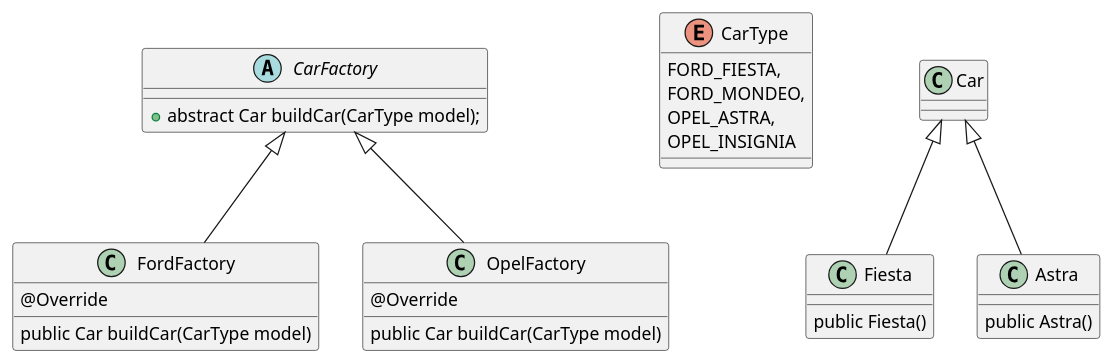
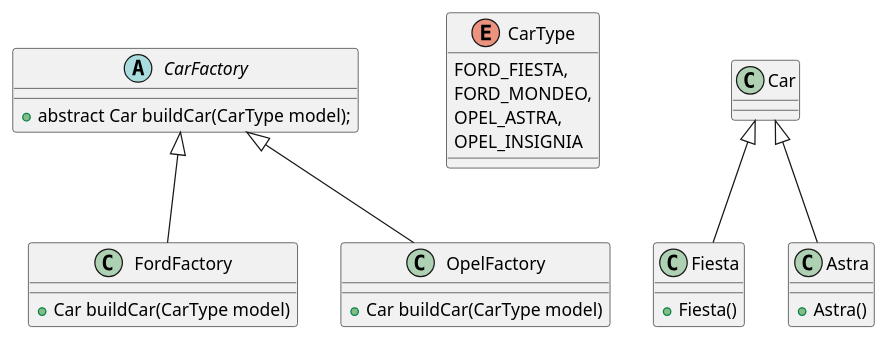
One commit to 43Carrig/Design_Patterns_Car changed the diagram in plantUML/factory.puml. Above: the diagram before and after it, drawn with PlantUML. The commit also changed 6 other files, not shown here.

Commit message:
Updated the plantUML editing where necessary.

```diff
--- a/plantUML/factory.puml
+++ b/plantUML/factory.puml
@@ -1,38 +1,35 @@
 @startuml
 
 abstract class CarFactory {
 
-+abstract Car buildCar(CarType model);
++ abstract Car buildCar(CarType model);
 }
 
 enum CarType {
     FORD_FIESTA,
     FORD_MONDEO,
     OPEL_ASTRA,
     OPEL_INSIGNIA
 }
 
 class FordFactory extends CarFactory {
 
-    @Override
-    public Car buildCar(CarType model)
+    + Car buildCar(CarType model)
 }
 
 class OpelFactory extends CarFactory {
 
-    @Override
-    public Car buildCar(CarType model)
-
+    + Car buildCar(CarType model)
 }
 
 class Fiesta extends Car {
 
-    public Fiesta()
+    + Fiesta()
 }
 
 class Astra extends Car {
 
-    public Astra()
+    + Astra()
 }
 
 @enduml
```
